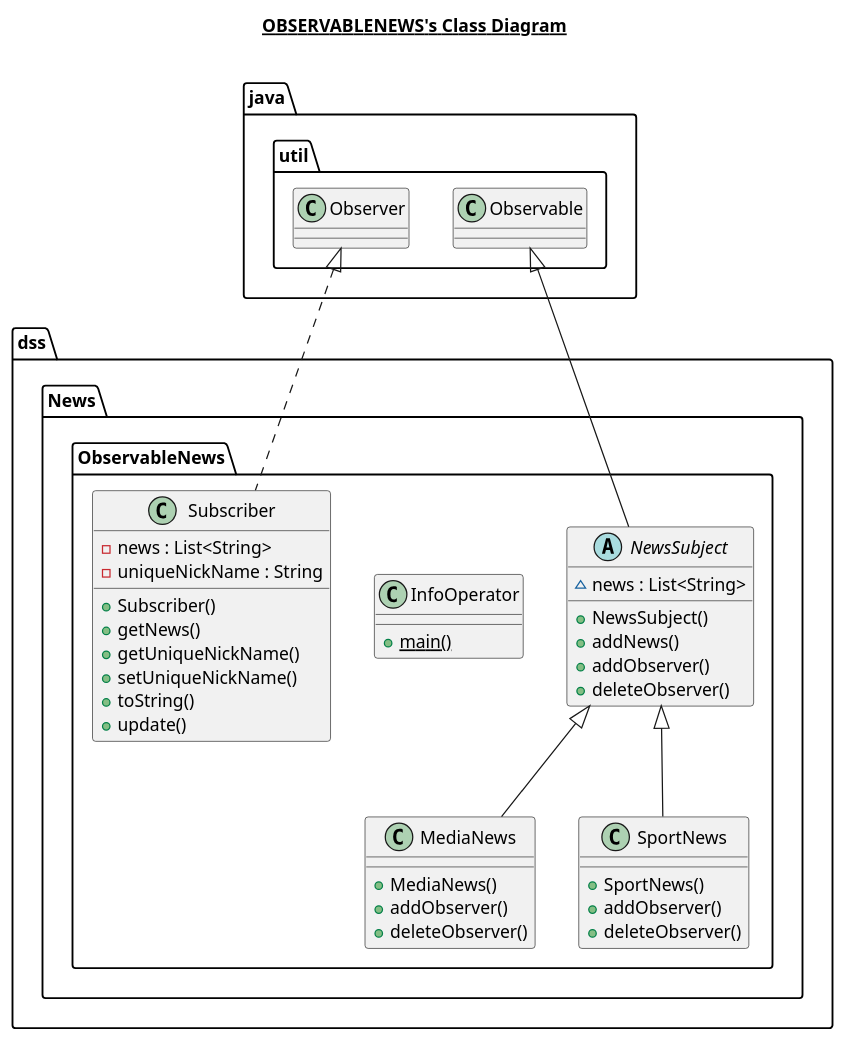
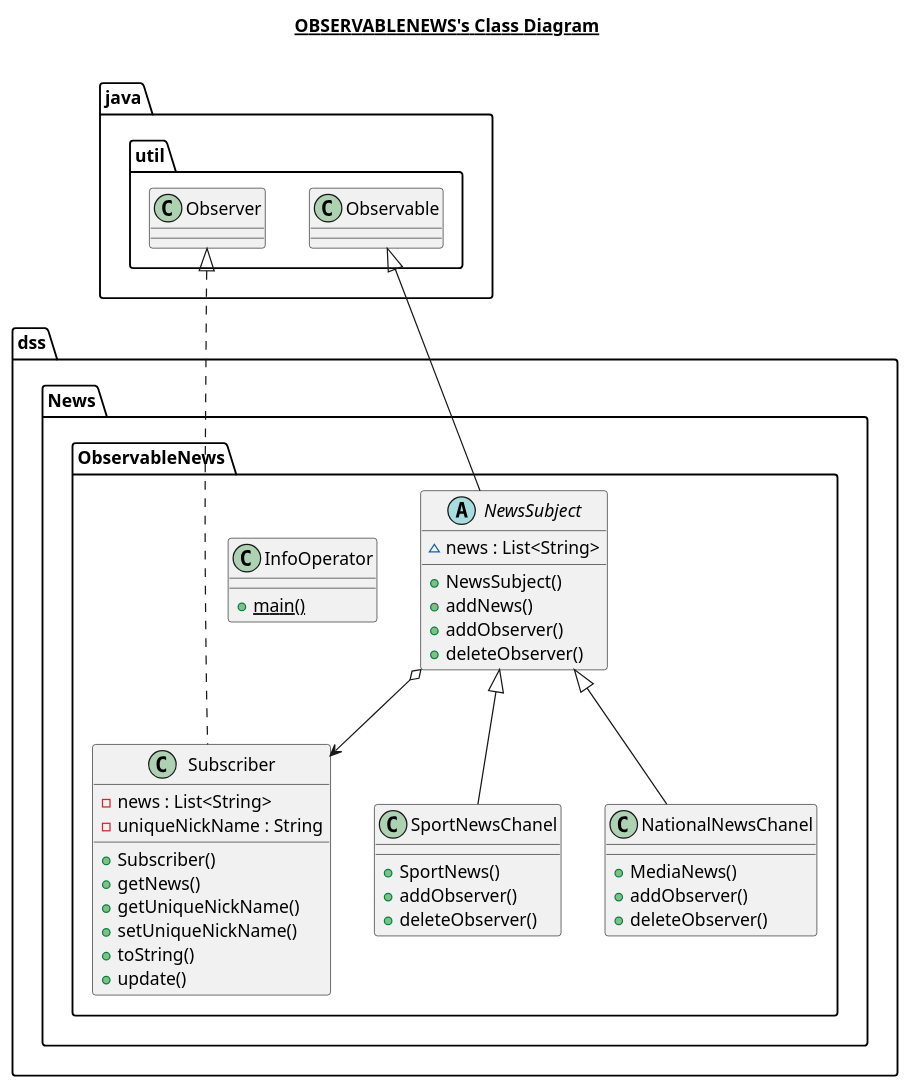
Before and after one commit to ktvcv/PracticeOfPatterns: the diagram in out/production/PracticeOfPatterns/dss/News/ObservableNews/uml/ObservableNews.plantuml, drawn with PlantUML. The commit also changed 54 other files, not shown here.

```diff
--- a/out/production/PracticeOfPatterns/dss/News/ObservableNews/uml/ObservableNews.plantuml
+++ b/out/production/PracticeOfPatterns/dss/News/ObservableNews/uml/ObservableNews.plantuml
@@ -1,49 +1,50 @@
 @startuml
 
 title __OBSERVABLENEWS's Class Diagram__\n
 
       class dss.News.ObservableNews.InfoOperator {
           {static} + main()
       }
 
 
-      class dss.News.ObservableNews.MediaNews {
+      class dss.News.ObservableNews.NationalNewsChanel {
           + MediaNews()
           + addObserver()
           + deleteObserver()
       }
 
       abstract class dss.News.ObservableNews.NewsSubject {
           ~ news : List<String>
           + NewsSubject()
           + addNews()
           + addObserver()
           + deleteObserver()
       }
 
 
-      class dss.News.ObservableNews.SportNews {
+      class dss.News.ObservableNews.SportNewsChanel {
           + SportNews()
           + addObserver()
           + deleteObserver()
       }
 
 
       class dss.News.ObservableNews.Subscriber {
           - news : List<String>
           - uniqueNickName : String
           + Subscriber()
           + getNews()
           + getUniqueNickName()
           + setUniqueNickName()
           + toString()
           + update()
       }
 
 
-  dss.News.ObservableNews.MediaNews -up-|> dss.News.ObservableNews.NewsSubject
+  dss.News.ObservableNews.NationalNewsChanel -up-|> dss.News.ObservableNews.NewsSubject
   dss.News.ObservableNews.NewsSubject -up-|> java.util.Observable
-  dss.News.ObservableNews.SportNews -up-|> dss.News.ObservableNews.NewsSubject
+  dss.News.ObservableNews.SportNewsChanel -up-|> dss.News.ObservableNews.NewsSubject
   dss.News.ObservableNews.Subscriber .up.|> java.util.Observer
+  dss.News.ObservableNews.NewsSubject o--> dss.News.ObservableNews.Subscriber
 
 @enduml
```
